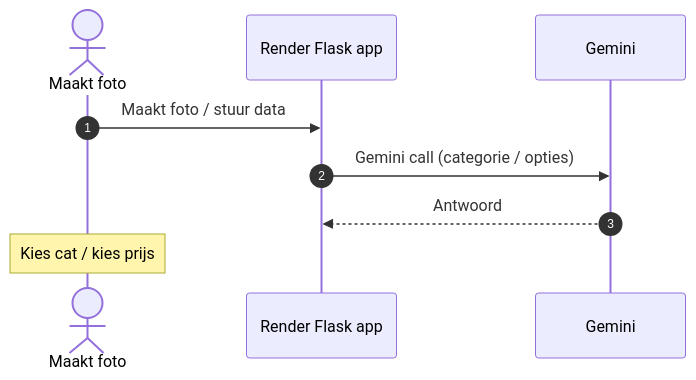
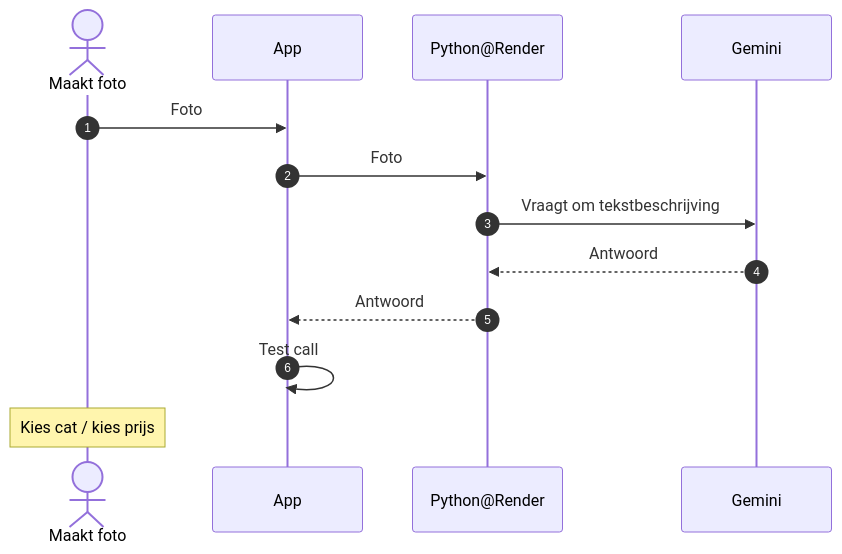
One commit to tomsch1kels/shittier changed the diagram in Wireframes/sequenceDiag.md. Above: the diagram before and after it, drawn with Mermaid.

Commit message:
Update sequenceDiag

````diff
--- a/Wireframes/sequenceDiag.md
+++ b/Wireframes/sequenceDiag.md
@@ -2,12 +2,16 @@
 ```mermaid
 sequenceDiagram
     autonumber
     actor MaaktFoto as Maakt foto
-    participant Flask as Render Flask app
+    participant App as App
+    participant Flask as Python@Render
     participant Gemini as Gemini
 
-    MaaktFoto->>Flask: Maakt foto / stuur data
-    Flask->>Gemini: Gemini call (categorie / opties)
+    MaaktFoto->>App: Foto
+    App->>Flask: Foto
+    Flask->>Gemini: Vraagt om tekstbeschrijving
     Gemini-->>Flask: Antwoord
+    Flask-->>App: Antwoord
+    App->>App: Test call
     Note over MaaktFoto: Kies cat / kies prijs
 ```
````
